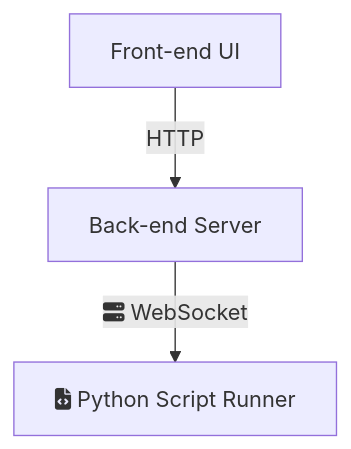
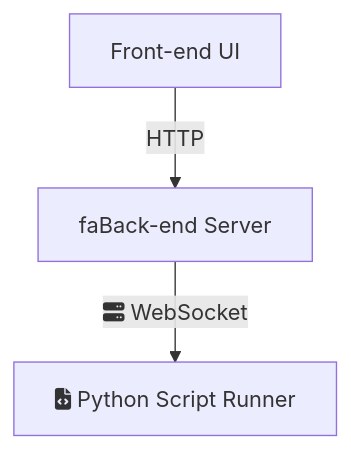
Before and after one commit to AlkeySheng/iodraw-files: the diagram in all/未命名.md, drawn with Mermaid.

Commit message:
2024-05-20 14:55:44 update

````diff
--- a/all/未命名.md
+++ b/all/未命名.md
@@ -1,6 +1,6 @@
 ```mermaid
 graph TD
-    A[Front-end UI] -->|HTTP| B[Back-end Server]
+    A[Front-end UI] -->|HTTP| B[faBack-end Server]
     B -->|fa:fa-server WebSocket| C[fa:fa-file-code Python Script Runner]
 
 ```
````
